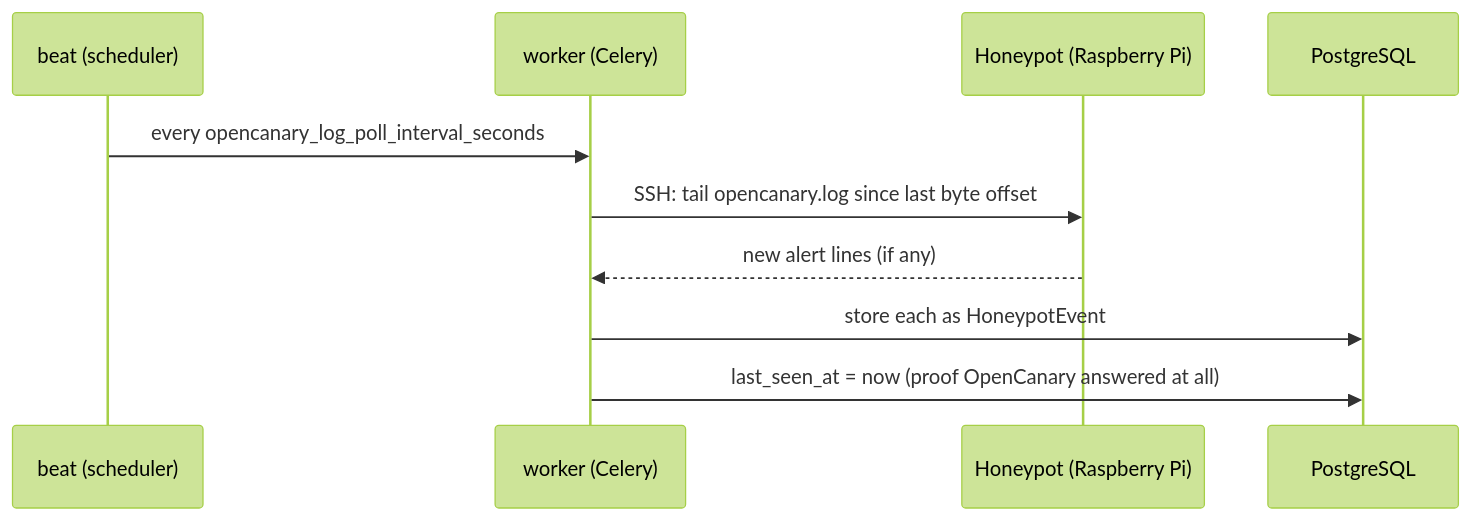
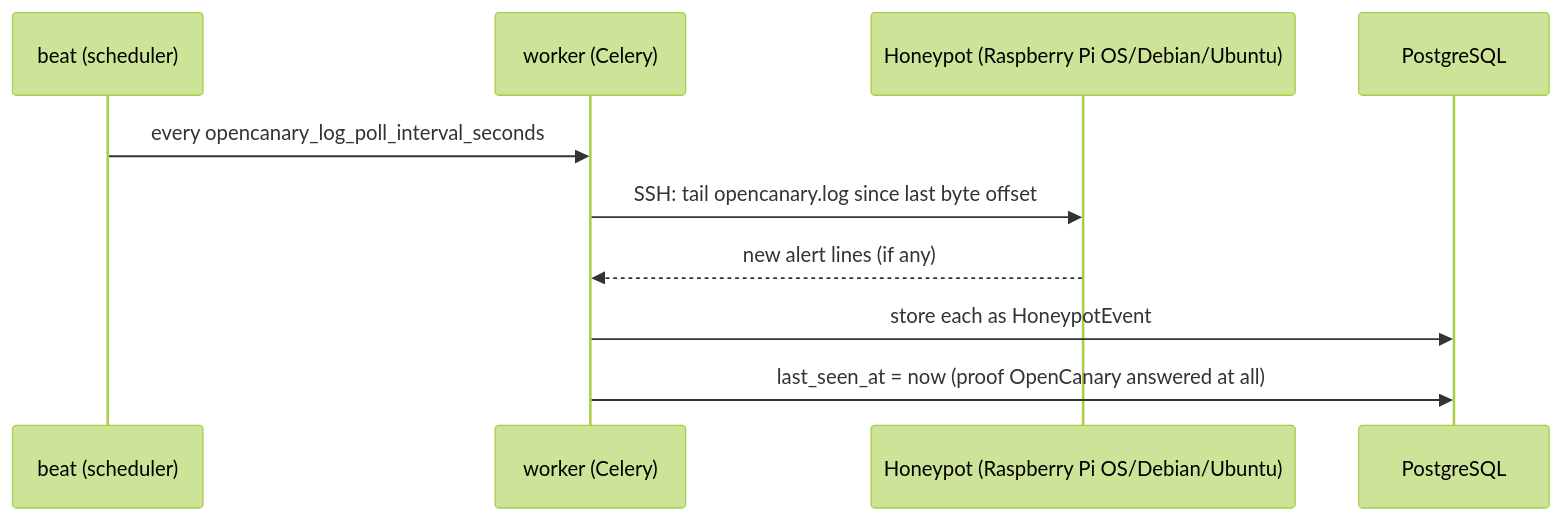
The diagram in wiki/Honeypot-Management.md (sparkycz1/honeypot-shelf), drawn with Mermaid (forest theme) before and after one commit. The commit also changed other lines of this file and 30 other files, not shown here.

````diff
--- a/wiki/Honeypot-Management.md
+++ b/wiki/Honeypot-Management.md
@@ -106,13 +114,13 @@
 ```mermaid
 sequenceDiagram
     participant Beat as beat (scheduler)
     participant Worker as worker (Celery)
-    participant Pi as Honeypot (Raspberry Pi)
+    participant Pi as Honeypot (Raspberry Pi OS/Debian/Ubuntu)
     participant DB as PostgreSQL
 
     Beat->>Worker: every opencanary_log_poll_interval_seconds
     Worker->>Pi: SSH: tail opencanary.log since last byte offset
     Pi-->>Worker: new alert lines (if any)
     Worker->>DB: store each as HoneypotEvent
     Worker->>DB: last_seen_at = now (proof OpenCanary answered at all)
 ```
````
